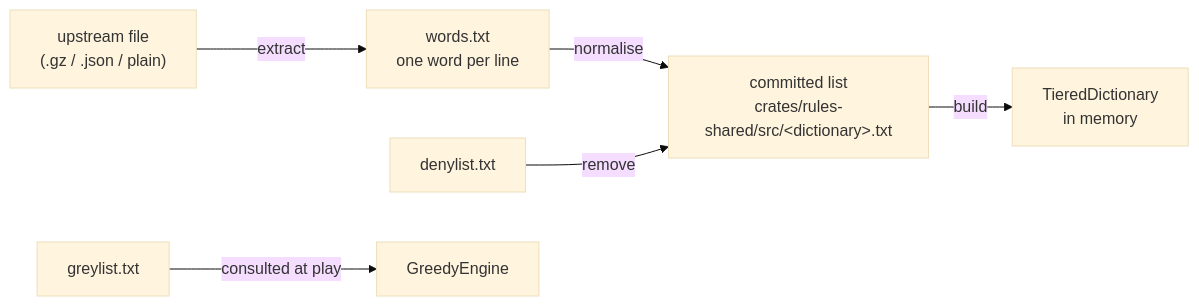
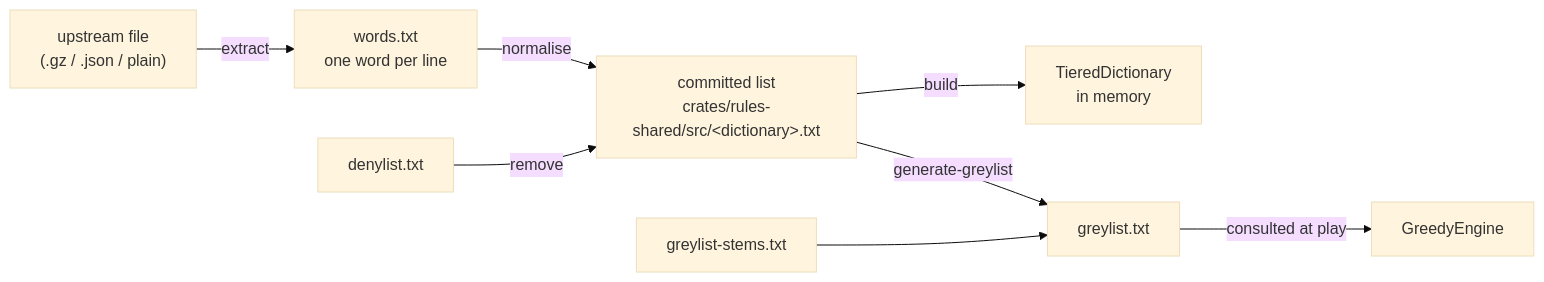
The diagram in docs/4.3.5-word-lists-and-dictionaries.md (delphside/tile-lite-elite), drawn with Mermaid (base theme) before and after one commit. The commit also changed other lines of this file and 1 other file, not shown here.

````diff
--- a/docs/4.3.5-word-lists-and-dictionaries.md
+++ b/docs/4.3.5-word-lists-and-dictionaries.md
@@ -29,8 +20,10 @@
 ```mermaid
 flowchart LR
     U["upstream file<br/>(.gz / .json / plain)"] -->|extract| P["words.txt<br/>one word per line"]
     P -->|normalise| C["committed list<br/>crates/rules-shared/src/&lt;dictionary&gt;.txt"]
     D["denylist.txt"] -->|remove| C
     C -->|build| T["TieredDictionary<br/>in memory"]
-    G["greylist.txt"] -->|consulted at play| E["GreedyEngine"]
+    C -->|generate-greylist| G["greylist.txt"]
+    S["greylist-stems.txt"] --> G
+    G -->|consulted at play| E["GreedyEngine"]
 ```
````
